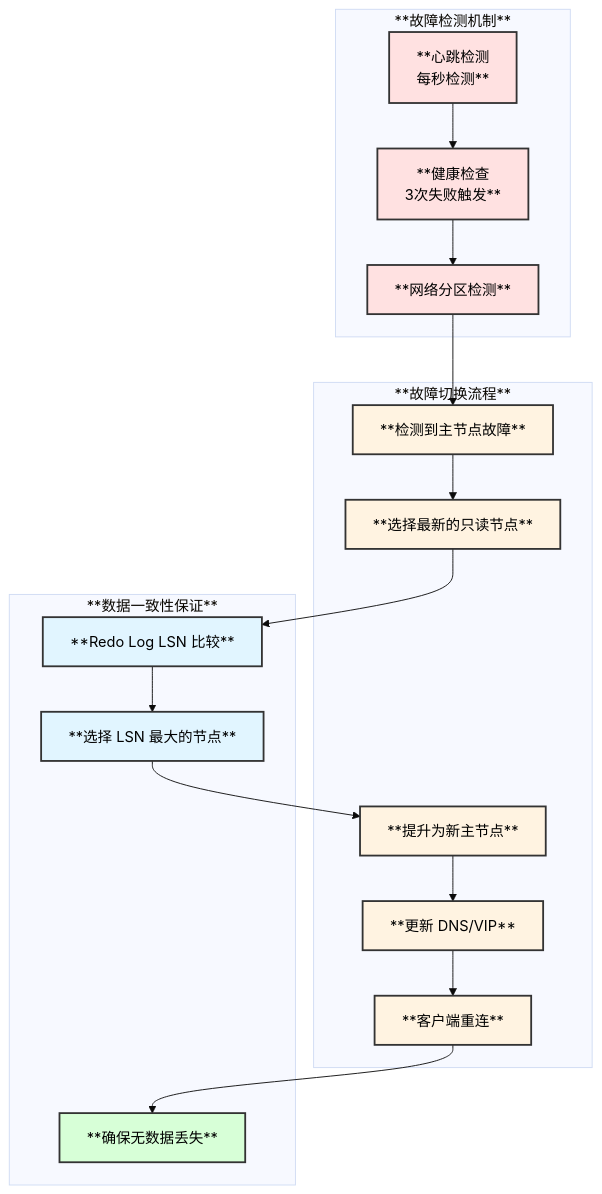
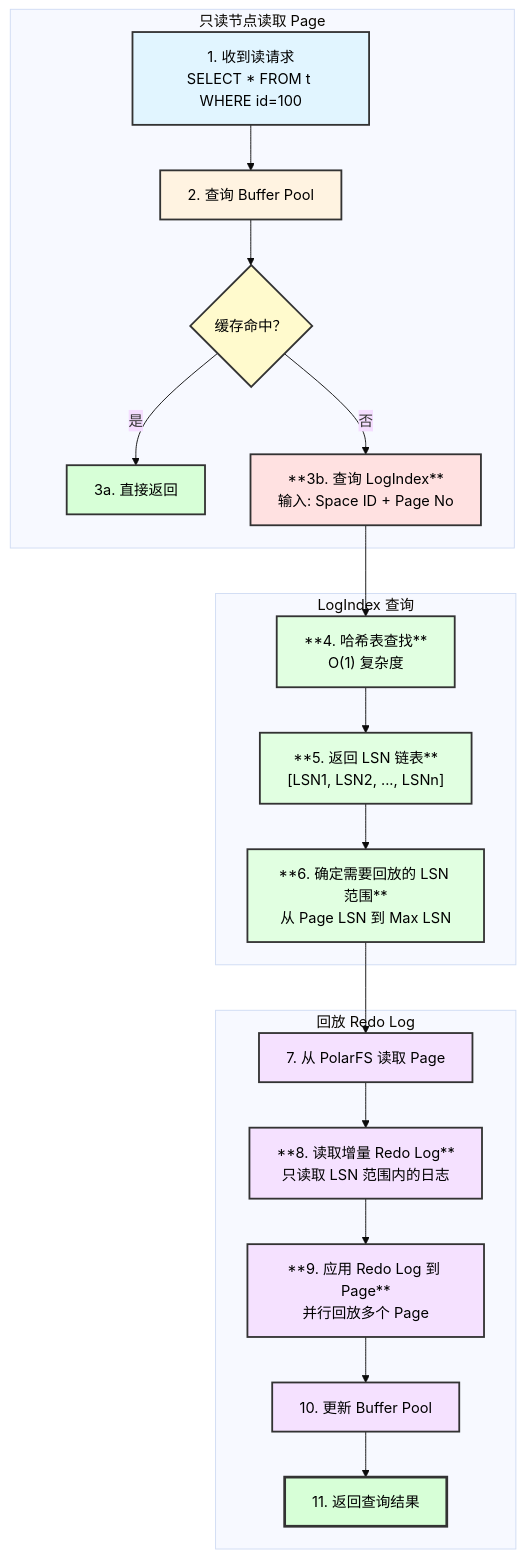
Before and after one commit to victor1589007281/percona-server: the eighth of 29 diagrams in vdocs/design/PolarDB_Architecture.md, drawn with Mermaid (base theme). The commit also changed other lines of this file and 141 other files, not shown here.

````diff
--- a/vdocs/design/PolarDB_Architecture.md
+++ b/vdocs/design/PolarDB_Architecture.md
@@ -266,46 +296,51 @@
 ```mermaid
 graph TB
-    subgraph "**故障检测机制**"
-        A[**心跳检测<br/>每秒检测**]
-        B[**健康检查<br/>3次失败触发**]
-        C[**网络分区检测**]
+    subgraph "只读节点读取 Page"
+        A["1. 收到读请求<br/>SELECT * FROM t WHERE id=100"]
+        B["2. 查询 Buffer Pool"]
+        C{"缓存命中？"}
+        D["3a. 直接返回"]
+        E["**3b. 查询 LogIndex**<br/>输入: Space ID + Page No"]
     end
     
-    subgraph "**故障切换流程**"
-        D[**检测到主节点故障**]
-        E[**选择最新的只读节点**]
-        F[**提升为新主节点**]
-        G[**更新 DNS/VIP**]
-        H[**客户端重连**]
+    subgraph "LogIndex 查询"
+        F["**4. 哈希表查找**<br/>O(1) 复杂度"]
+        G["**5. 返回 LSN 链表**<br/>[LSN1, LSN2, ..., LSNn]"]
+        H["**6. 确定需要回放的 LSN 范围**<br/>从 Page LSN 到 Max LSN"]
     end
     
-    subgraph "**数据一致性保证**"
-        I[**Redo Log LSN 比较**]
-        J[**选择 LSN 最大的节点**]
-        K[**确保无数据丢失**]
+    subgraph "回放 Redo Log"
+        I["7. 从 PolarFS 读取 Page"]
+        J["**8. 读取增量 Redo Log**<br/>只读取 LSN 范围内的日志"]
+        K["**9. 应用 Redo Log 到 Page**<br/>并行回放多个 Page"]
+        L["10. 更新 Buffer Pool"]
+        M["11. 返回查询结果"]
     end
     
     A --> B
     B --> C
-    C --> D
-    
-    D --> E
-    E --> I
-    I --> J
-    J --> F
+    C -->|是| D
+    C -->|否| E
+    E --> F
     F --> G
     G --> H
-    H --> K
+    H --> I
+    I --> J
+    J --> K
+    K --> L
+    L --> M
     
-    style A fill:#ffe1e1,stroke:#333,stroke-width:2px,color:#000
-    style B fill:#ffe1e1,stroke:#333,stroke-width:2px,color:#000
-    style C fill:#ffe1e1,stroke:#333,stroke-width:2px,color:#000
-    style D fill:#fff3e1,stroke:#333,stroke-width:2px,color:#000
-    style E fill:#fff3e1,stroke:#333,stroke-width:2px,color:#000
-    style F fill:#fff3e1,stroke:#333,stroke-width:2px,color:#000
-    style G fill:#fff3e1,stroke:#333,stroke-width:2px,color:#000
-    style H fill:#fff3e1,stroke:#333,stroke-width:2px,color:#000
-    style I fill:#e1f5ff,stroke:#333,stroke-width:2px,color:#000
-    style J fill:#e1f5ff,stroke:#333,stroke-width:2px,color:#000
-    style K fill:#d7ffd7,stroke:#333,stroke-width:2px,color:#000
+    style A fill:#e1f5ff,stroke:#333,stroke-width:2px,color:#000
+    style B fill:#fff3e1,stroke:#333,stroke-width:2px,color:#000
+    style C fill:#fffacd,stroke:#333,stroke-width:2px,color:#000
+    style D fill:#d7ffd7,stroke:#333,stroke-width:2px,color:#000
+    style E fill:#ffe1e1,stroke:#333,stroke-width:2px,color:#000
+    style F fill:#e1ffe1,stroke:#333,stroke-width:2px,color:#000
+    style G fill:#e1ffe1,stroke:#333,stroke-width:2px,color:#000
+    style H fill:#e1ffe1,stroke:#333,stroke-width:2px,color:#000
+    style I fill:#f5e1ff,stroke:#333,stroke-width:2px,color:#000
+    style J fill:#f5e1ff,stroke:#333,stroke-width:2px,color:#000
+    style K fill:#f5e1ff,stroke:#333,stroke-width:2px,color:#000
+    style L fill:#f5e1ff,stroke:#333,stroke-width:2px,color:#000
+    style M fill:#d7ffd7,stroke:#333,stroke-width:3px,color:#000
 ```
````
